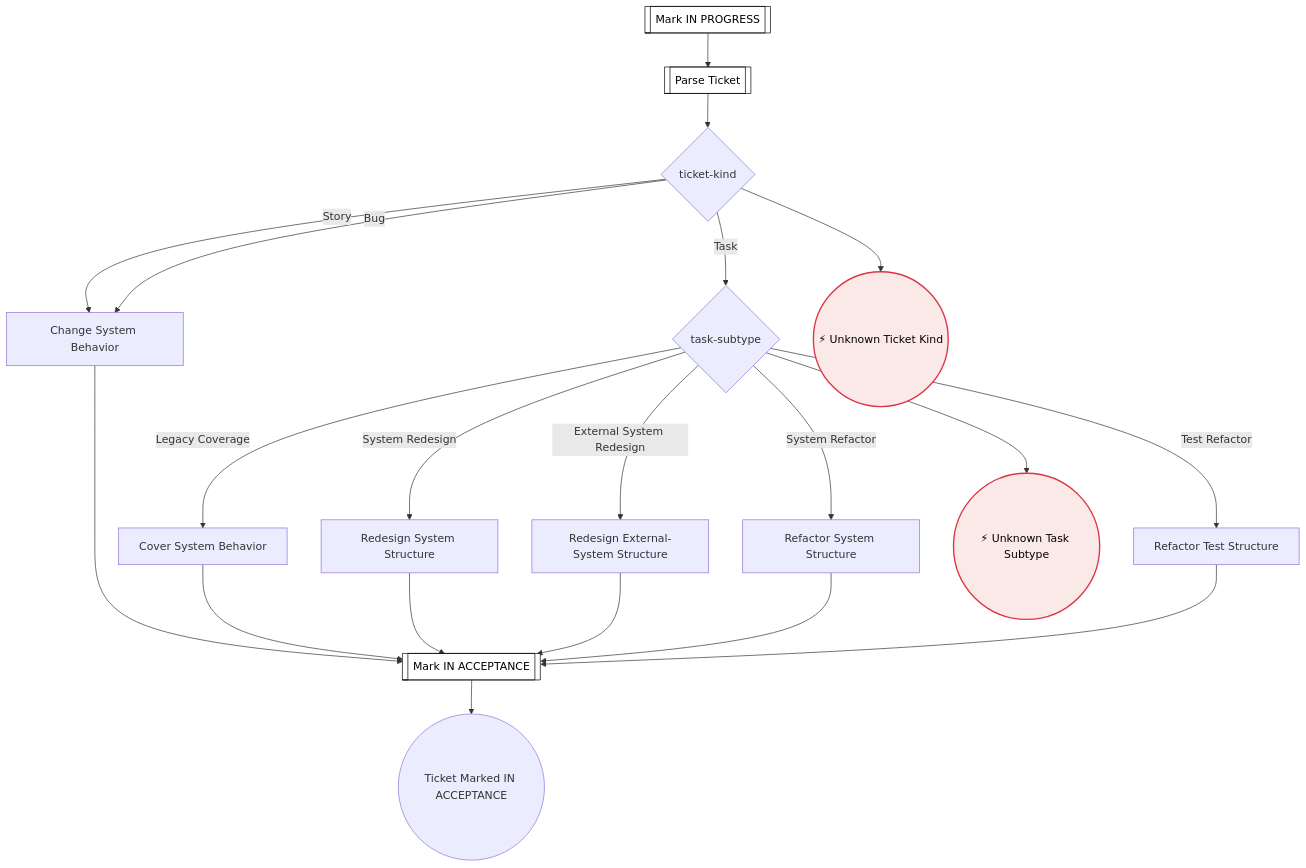
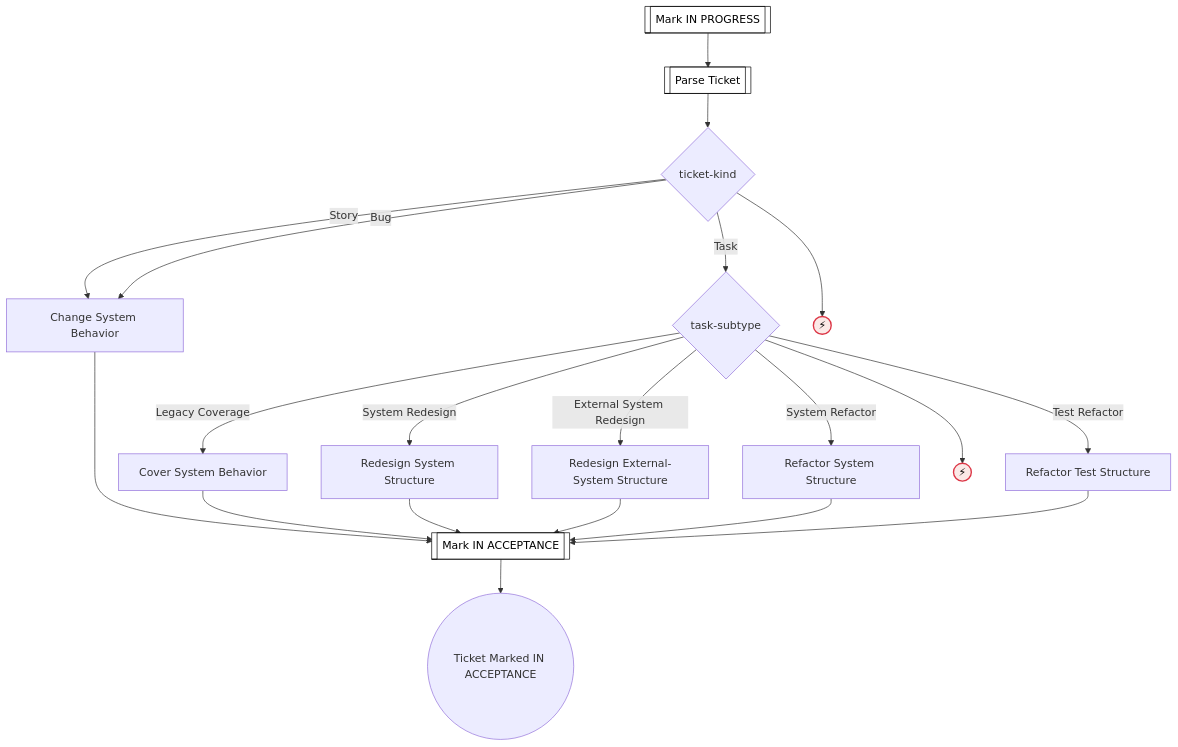
The fourth of 53 diagrams in docs/process-diagram.md (optivem/gh-optivem), drawn with Mermaid before and after one commit. The commit also changed other lines of this file and 1 other file, not shown here.

First line of the commit message:
atdd: shrink event circles in process diagrams

````diff
--- a/docs/process-diagram.md
+++ b/docs/process-diagram.md
@@ -89,43 +91,43 @@
 ```mermaid
 flowchart TD
     CHANGE_SYSTEM_BEHAVIOR[Change System Behavior]
     COVER_SYSTEM_BEHAVIOR[Cover System Behavior]
     GATE_TASK_SUBTYPE{task-subtype}
     GATE_TICKET_KIND{ticket-kind}
     IMPLEMENT_TICKET_END((Ticket Marked IN ACCEPTANCE))
     MARK_IN_ACCEPTANCE[[Mark IN ACCEPTANCE]]
     MARK_IN_PROGRESS[[Mark IN PROGRESS]]
     PARSE_TICKET[[Parse Ticket]]
     REDESIGN_EXTERNAL_SYSTEM_STRUCTURE[Redesign External-System Structure]
     REDESIGN_SYSTEM_STRUCTURE[Redesign System Structure]
     REFACTOR_SYSTEM_STRUCTURE[Refactor System Structure]
     REFACTOR_TEST_STRUCTURE[Refactor Test Structure]
-    UNKNOWN_TASK_SUBTYPE((⚡ Unknown Task Subtype))
-    UNKNOWN_TICKET_KIND((⚡ Unknown Ticket Kind))
+    UNKNOWN_TASK_SUBTYPE((⚡))
+    UNKNOWN_TICKET_KIND((⚡))
 
     MARK_IN_PROGRESS --> PARSE_TICKET
     PARSE_TICKET --> GATE_TICKET_KIND
     GATE_TICKET_KIND -- Story --> CHANGE_SYSTEM_BEHAVIOR
     GATE_TICKET_KIND -- Bug --> CHANGE_SYSTEM_BEHAVIOR
     GATE_TICKET_KIND -- Task --> GATE_TASK_SUBTYPE
     GATE_TICKET_KIND --> UNKNOWN_TICKET_KIND
     GATE_TASK_SUBTYPE -- Legacy Coverage --> COVER_SYSTEM_BEHAVIOR
     GATE_TASK_SUBTYPE -- System Redesign --> REDESIGN_SYSTEM_STRUCTURE
     GATE_TASK_SUBTYPE -- External System Redesign --> REDESIGN_EXTERNAL_SYSTEM_STRUCTURE
     GATE_TASK_SUBTYPE -- System Refactor --> REFACTOR_SYSTEM_STRUCTURE
     GATE_TASK_SUBTYPE -- Test Refactor --> REFACTOR_TEST_STRUCTURE
     GATE_TASK_SUBTYPE --> UNKNOWN_TASK_SUBTYPE
     CHANGE_SYSTEM_BEHAVIOR --> MARK_IN_ACCEPTANCE
     COVER_SYSTEM_BEHAVIOR --> MARK_IN_ACCEPTANCE
     REDESIGN_SYSTEM_STRUCTURE --> MARK_IN_ACCEPTANCE
     REDESIGN_EXTERNAL_SYSTEM_STRUCTURE --> MARK_IN_ACCEPTANCE
     REFACTOR_SYSTEM_STRUCTURE --> MARK_IN_ACCEPTANCE
     REFACTOR_TEST_STRUCTURE --> MARK_IN_ACCEPTANCE
     MARK_IN_ACCEPTANCE --> IMPLEMENT_TICKET_END
 
     classDef serviceNode fill:#ffffff,stroke:#000000,stroke-width:1px,color:#000000
     class MARK_IN_ACCEPTANCE,MARK_IN_PROGRESS,PARSE_TICKET serviceNode
 
     classDef errorEndNode fill:#fbe9e7,stroke:#dc3545,stroke-width:2px,color:#000000
     class UNKNOWN_TASK_SUBTYPE,UNKNOWN_TICKET_KIND errorEndNode
 ```
````
